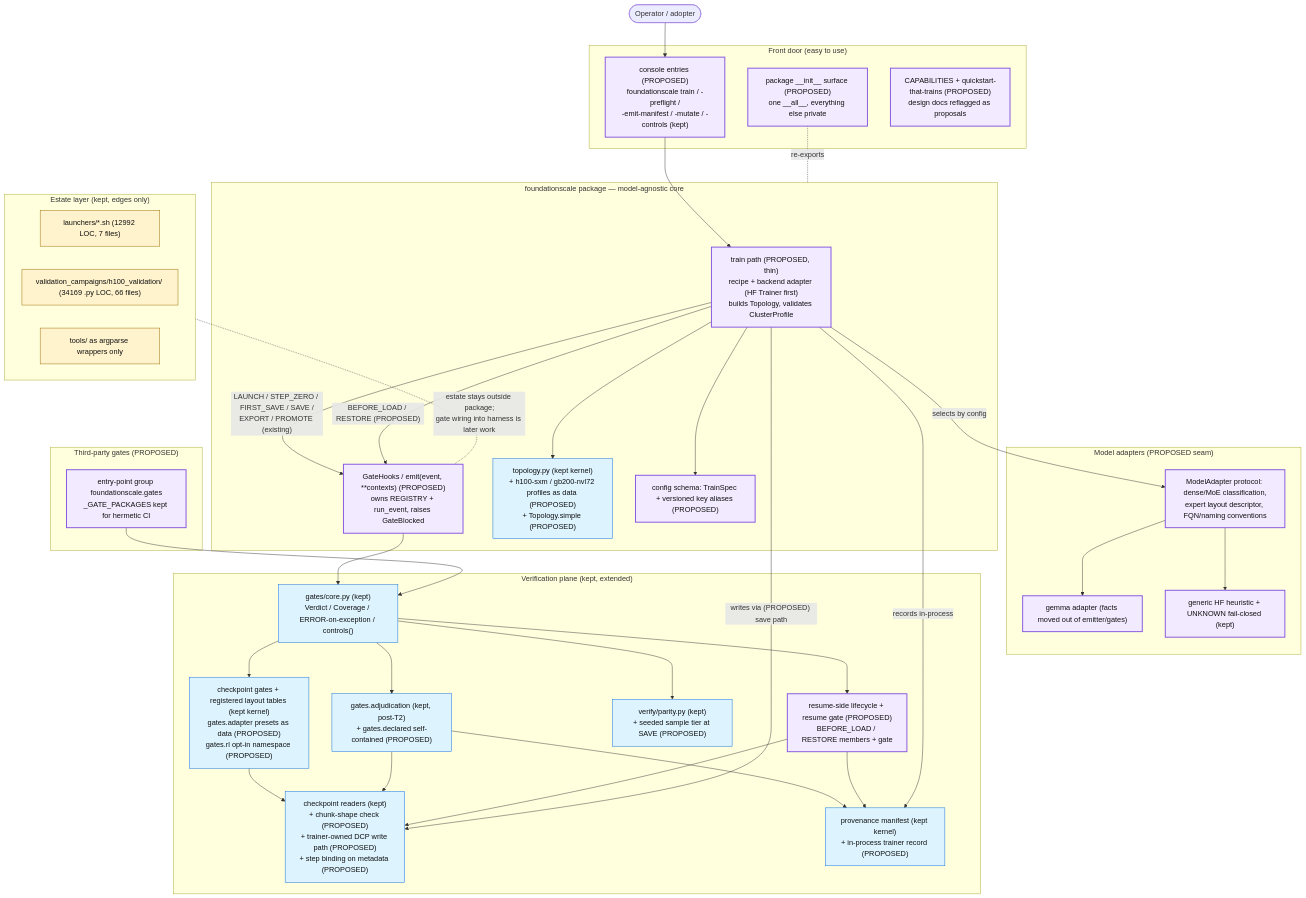
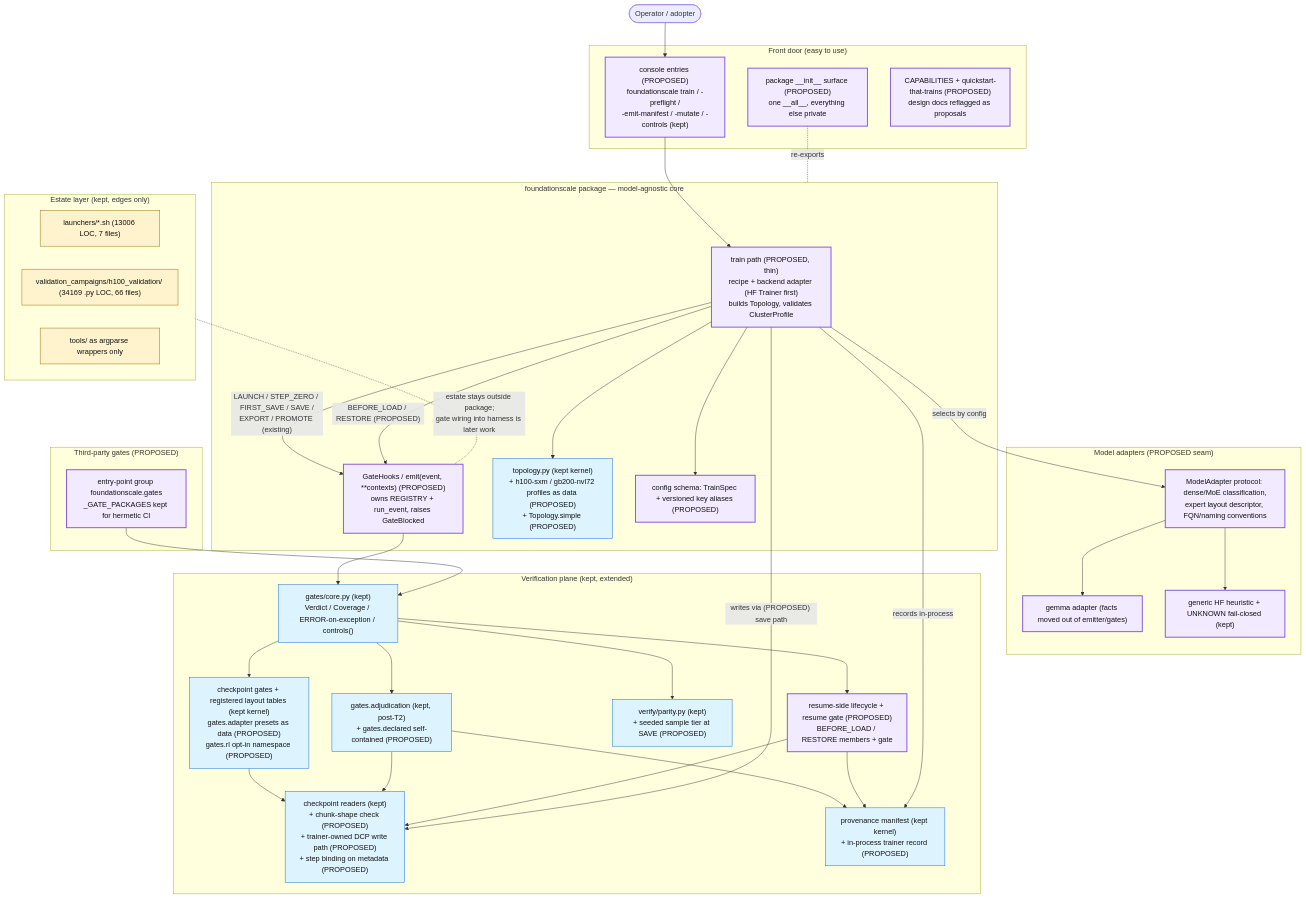
The diagram in docs/review/D5_proposed_architecture.md (TranNhiem/FoundationScale), drawn with Mermaid before and after one commit. The commit also changed other lines of this file and 13 other files, not shown here.

````diff
--- a/docs/review/D5_proposed_architecture.md
+++ b/docs/review/D5_proposed_architecture.md
@@ -13,74 +13,74 @@
 ```mermaid
 flowchart TB
   U(["Operator / adopter"])
 
   subgraph FRONT["Front door (easy to use)"]
     CLI["console entries (PROPOSED)<br/>foundationscale train / -preflight /<br/>-emit-manifest / -mutate / -controls (kept)"]
     SURF["package __init__ surface (PROPOSED)<br/>one __all__, everything else private"]
     DOCS["CAPABILITIES + quickstart-that-trains (PROPOSED)<br/>design docs reflagged as proposals"]
   end
 
   subgraph CORE["foundationscale package — model-agnostic core"]
     TRAIN["train path (PROPOSED, thin)<br/>recipe + backend adapter (HF Trainer first)<br/>builds Topology, validates ClusterProfile"]
     HOOKS["GateHooks / emit(event, **contexts) (PROPOSED)<br/>owns REGISTRY + run_event, raises GateBlocked"]
     TOPO["topology.py (kept kernel)<br/>+ h100-sxm / gb200-nvl72 profiles as data (PROPOSED)<br/>+ Topology.simple (PROPOSED)"]
     CONFIG["config schema: TrainSpec + versioned key aliases (PROPOSED)"]
   end
 
   subgraph ADAPT["Model adapters (PROPOSED seam)"]
     MA["ModelAdapter protocol: dense/MoE classification,<br/>expert layout descriptor, FQN/naming conventions"]
     GEM["gemma adapter (facts moved out of emitter/gates)"]
     HF["generic HF heuristic + UNKNOWN fail-closed (kept)"]
   end
 
   subgraph VERIFY["Verification plane (kept, extended)"]
     GCORE["gates/core.py (kept)<br/>Verdict / Coverage / ERROR-on-exception / controls()"]
     GCK["checkpoint gates + registered layout tables (kept kernel)<br/>gates.adapter presets as data (PROPOSED)<br/>gates.rl opt-in namespace (PROPOSED)"]
     ADJ["gates.adjudication (kept, post-T2)<br/>+ gates.declared self-contained (PROPOSED)"]
     PAR["verify/parity.py (kept)<br/>+ seeded sample tier at SAVE (PROPOSED)"]
     CKIO["checkpoint readers (kept)<br/>+ chunk-shape check (PROPOSED)<br/>+ trainer-owned DCP write path (PROPOSED)<br/>+ step binding on metadata (PROPOSED)"]
     PROV["provenance manifest (kept kernel)<br/>+ in-process trainer record (PROPOSED)"]
     RES["resume-side lifecycle + resume gate (PROPOSED)<br/>BEFORE_LOAD / RESTORE members + gate"]
   end
 
   subgraph PLUG["Third-party gates (PROPOSED)"]
     EP["entry-point group foundationscale.gates<br/>_GATE_PACKAGES kept for hermetic CI"]
   end
 
   subgraph ESTATE["Estate layer (kept, edges only)"]
-    LAU["launchers/*.sh (12992 LOC, 7 files)"]
+    LAU["launchers/*.sh (13006 LOC, 7 files)"]
     H100["validation_campaigns/h100_validation/ (34169 .py LOC, 66 files)"]
     WRAP["tools/ as argparse wrappers only"]
   end
 
   U --> CLI --> TRAIN
   SURF -. re-exports .- CORE
   TRAIN --> TOPO
   TRAIN --> CONFIG
   TRAIN -- "selects by config" --> MA
   MA --> GEM
   MA --> HF
   TRAIN -- "LAUNCH / STEP_ZERO / FIRST_SAVE / SAVE /<br/>EXPORT / PROMOTE (existing)" --> HOOKS
   TRAIN -- "BEFORE_LOAD / RESTORE (PROPOSED)" --> HOOKS
   HOOKS --> GCORE
   EP --> GCORE
   GCORE --> GCK
   GCORE --> ADJ
   GCORE --> PAR
   GCORE --> RES
   GCK --> CKIO
   ADJ --> CKIO
   ADJ --> PROV
   RES --> CKIO
   RES --> PROV
   TRAIN -- "writes via (PROPOSED) save path" --> CKIO
   TRAIN -- "records in-process" --> PROV
   ESTATE -. "estate stays outside package;<br/>gate wiring into harness is later work" .- HOOKS
 
   classDef new fill:#f2eaff,stroke:#8250df,stroke-width:2px,color:#111;
   classDef kept fill:#ddf4ff,stroke:#0969da,color:#111;
   classDef estate fill:#fff3cd,stroke:#9a6700,color:#111;
   class TRAIN,HOOKS,CLI,SURF,DOCS,MA,GEM,HF,RES,EP,CONFIG new;
   class GCORE,GCK,ADJ,PAR,CKIO,PROV,TOPO kept;
   class LAU,H100,WRAP estate;
 ```
````
